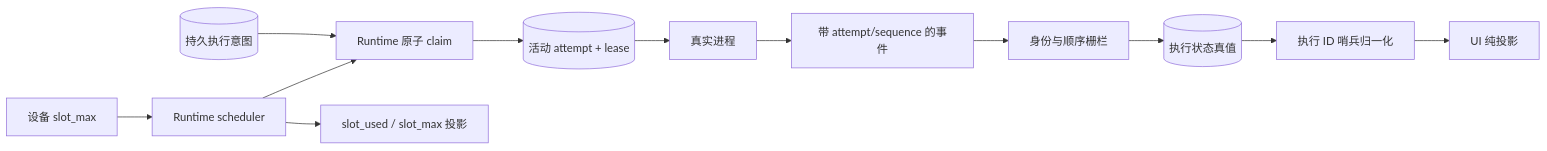
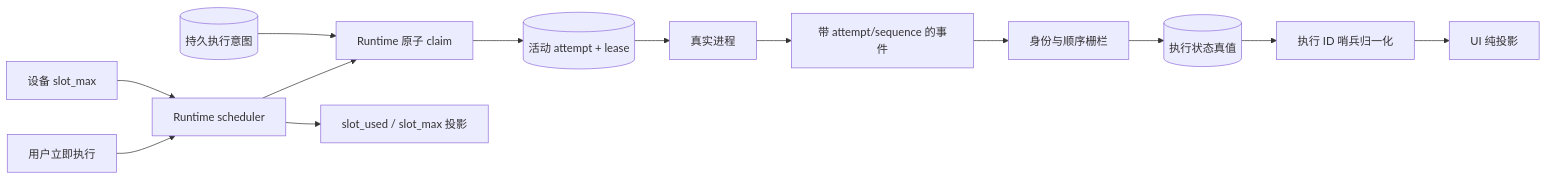
Before and after one commit to wecode-ai/Wegent: the first of 2 diagrams in docs/zh/architecture/project-execution-state.md, drawn with Mermaid. The commit also changed other lines of this file and 8 other files, not shown here.

````diff
--- a/docs/zh/architecture/project-execution-state.md
+++ b/docs/zh/architecture/project-execution-state.md
@@ -9,15 +9,16 @@
 ```mermaid
 flowchart LR
     INTENT[(持久执行意图)] --> CLAIM[Runtime 原子 claim]
     CLAIM --> ACTIVE[(活动 attempt + lease)]
     ACTIVE --> PROCESS[真实进程]
     PROCESS --> EVENT[带 attempt/sequence 的事件]
     EVENT --> FENCE[身份与顺序栅栏]
     FENCE --> TRUTH[(执行状态真值)]
     TRUTH --> NORMALIZE[执行 ID 哨兵归一化]
     NORMALIZE --> VIEW
     VIEW[UI 纯投影]
     SETTINGS[设备 slot_max] --> SCHEDULER[Runtime scheduler]
+    RUN_NOW[用户立即执行] --> SCHEDULER
     SCHEDULER --> CLAIM
     SCHEDULER --> CAPACITY[slot_used / slot_max 投影]
 ```
````
